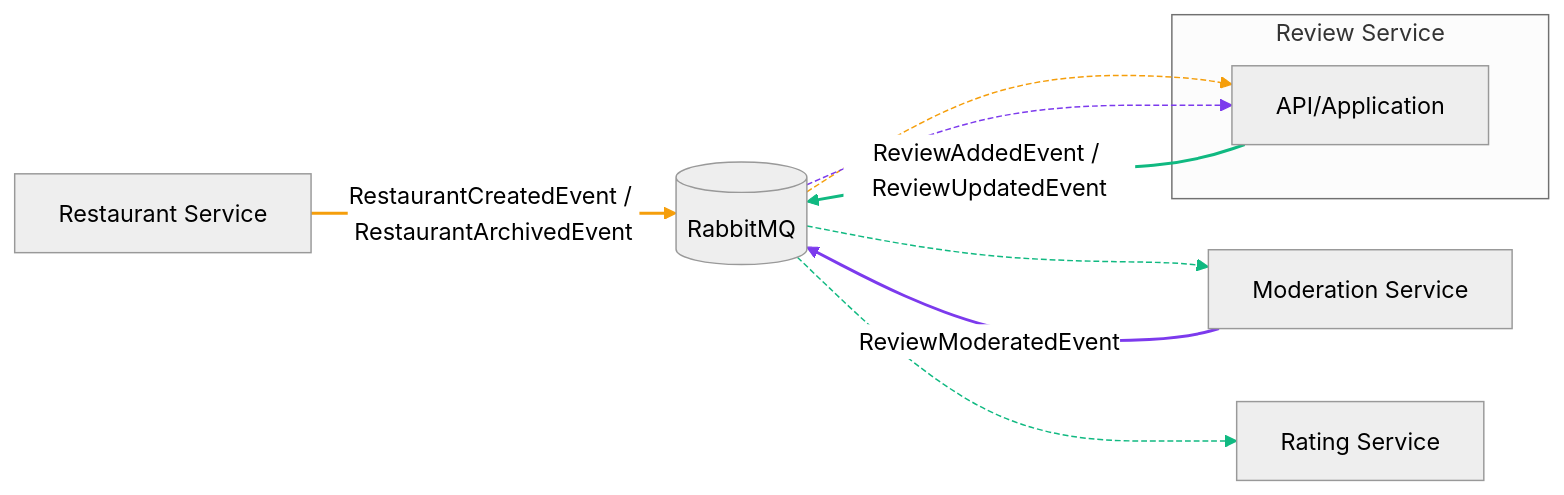
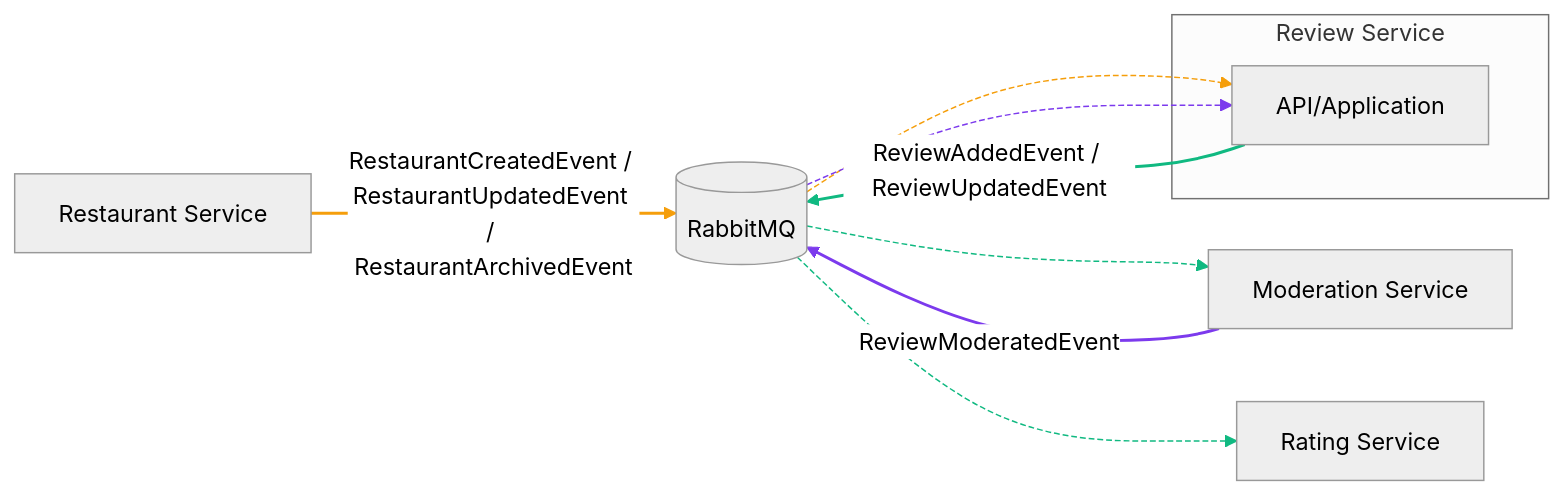
The first of 2 diagrams in docs/services/ReviewService.md (bagermoon/otuscode), drawn with Mermaid (neutral theme) before and after one commit. The commit also changed other lines of this file and 4 other files, not shown here.

Commit message:
feat(events): add RestaurantUpdatedEvent to event flow

````diff
--- a/docs/services/ReviewService.md
+++ b/docs/services/ReviewService.md
@@ -81,39 +81,39 @@
 ```mermaid
 flowchart LR
     %% Справочные события от Restaurant
-    RSVC[Restaurant Service] -- RestaurantCreatedEvent / RestaurantArchivedEvent --> MQ[(RabbitMQ)]
+    RSVC[Restaurant Service] -- RestaurantCreatedEvent / RestaurantUpdatedEvent / RestaurantArchivedEvent --> MQ[(RabbitMQ)]
     MQ --> RV
 
     %% Исходящие события сервиса Review
     subgraph Review_Service[Review Service]
         RV[API/Application]
     end
 
     RV -- ReviewAddedEvent / ReviewUpdatedEvent --> MQ[(RabbitMQ)]
 
     MQ --> ModSvc[Moderation Service]
 
     MQ --> RatingSvc[Rating Service]
 
     %% Входящие результаты модерации
     ModSvc -- ReviewModeratedEvent --> MQ
     MQ --> RV
 
     %% Link styling to visualize event families (order-dependent)
     %% 0: RSVC->MQ (restaurant events)
     linkStyle 0 stroke:#f59e0b,stroke-width:2px
     %% 1: MQ->RV (restaurant events delivery)
     linkStyle 1 stroke:#f59e0b,stroke-dasharray: 4 2
 
     %% 2: RV->MQ (review events)
     linkStyle 2 stroke:#10b981,stroke-width:2px
     %% 3: MQ->ModSvc (review events to Moderation)
     linkStyle 3 stroke:#10b981,stroke-dasharray: 4 2
     %% 4: MQ->RatingSvc (review events to Rating)
     linkStyle 4 stroke:#10b981,stroke-dasharray: 4 2
 
     %% 5: ModSvc->MQ (moderation result)
     linkStyle 5 stroke:#7c3aed,stroke-width:2px
     %% 6: MQ->RV (moderation result delivery)
     linkStyle 6 stroke:#7c3aed,stroke-dasharray: 4 2
 ```
````
